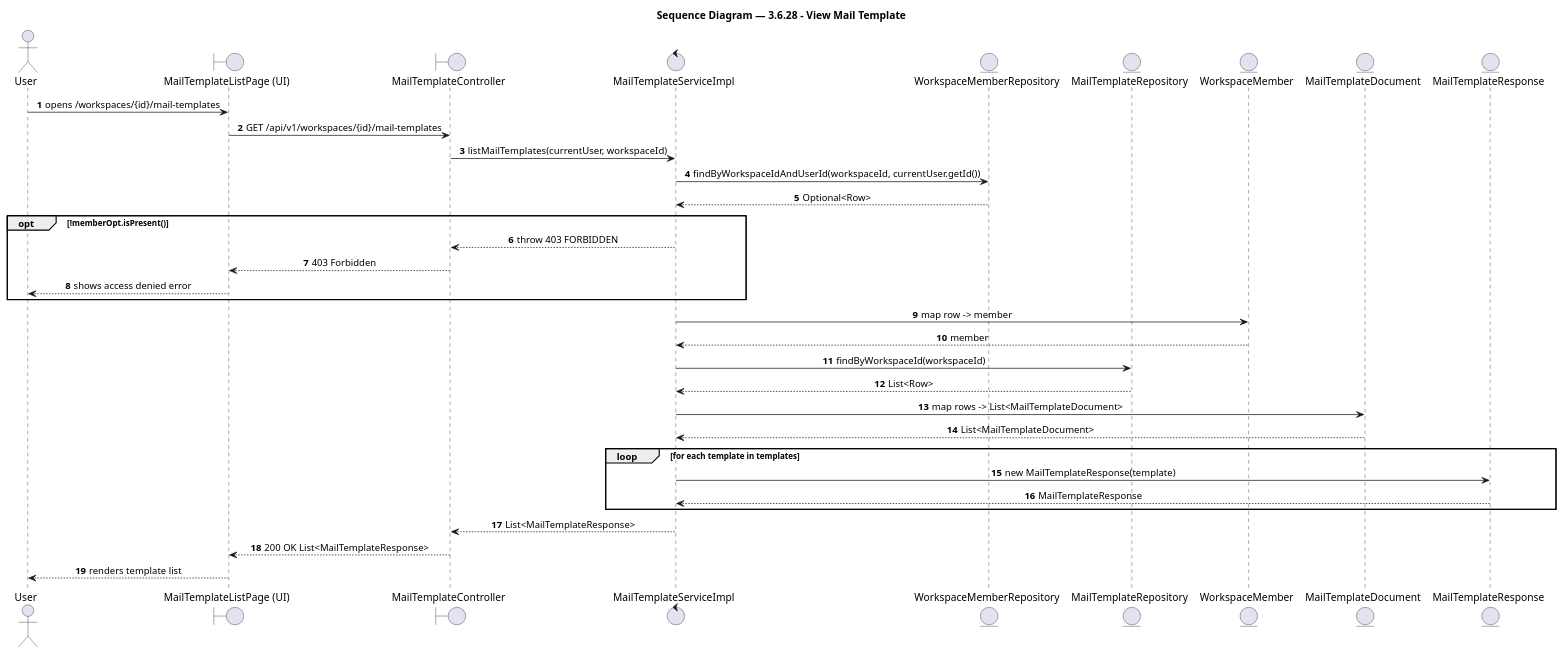
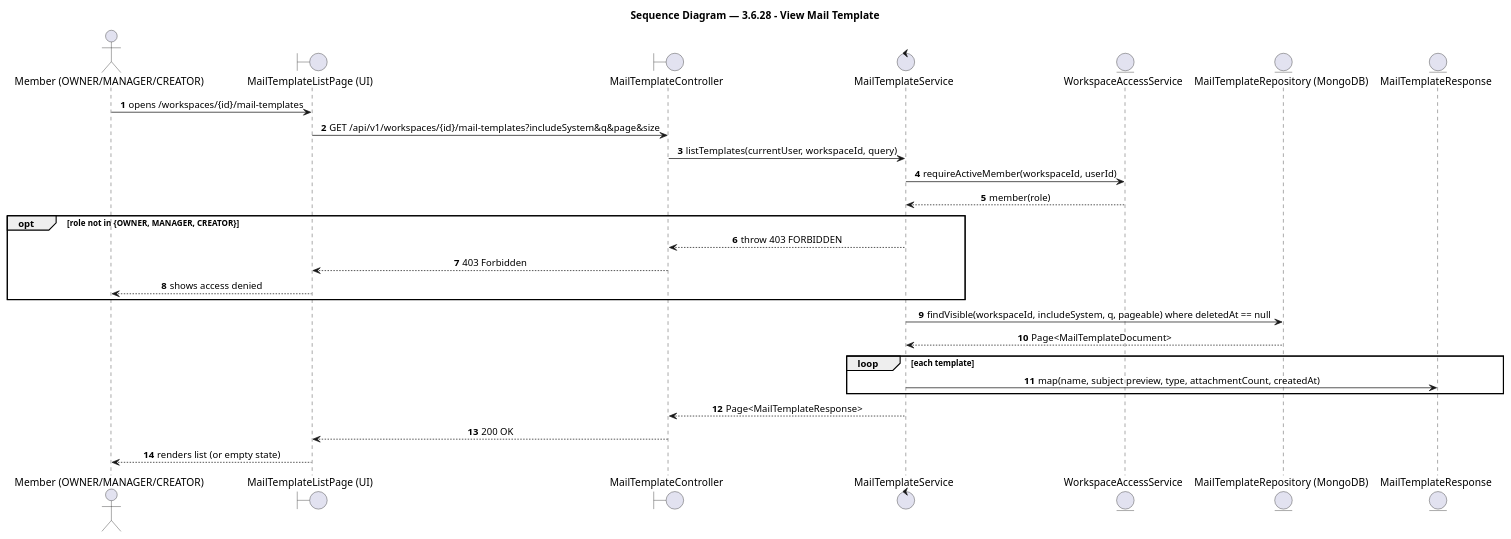
One commit to BrandHubOrganization/brandhub-infrastructure changed the diagram in docs/feature/content-task-workflow/3-6-28-view-mail-template/report4_sequence.puml. Above: the diagram before and after it, drawn with PlantUML. The commit also changed 12 other files, not shown here.

First line of the commit message:
docs(DA-1002): update mail template report3 specs and sequence diagrams

```diff
--- a/docs/feature/content-task-workflow/3-6-28-view-mail-template/report4_sequence.puml
+++ b/docs/feature/content-task-workflow/3-6-28-view-mail-template/report4_sequence.puml
@@ -1,46 +1,39 @@
 @startuml 3.6.28 - View Mail Template
 title Sequence Diagram — 3.6.28 - View Mail Template
 
 autonumber
 skinparam shadowing false
 skinparam sequenceMessageAlign center
 skinparam BoxPadding 10
 skinparam ParticipantPadding 10
 
 ' === Participants ===
-actor "User" as user
-boundary "MailTemplateListPage (UI)" as mailtemplate_ui
-boundary "MailTemplateController" as mailtemplatecontroller
-control "MailTemplateServiceImpl" as mailtemplateserviceimpl
-entity "WorkspaceMemberRepository" as workspacememberrepository
-entity "MailTemplateRepository" as mailtemplaterepository
-entity "WorkspaceMember" as workspacemember
-entity "MailTemplateDocument" as mailtemplatedocument
-entity "MailTemplateResponse" as mailtemplateresponse
+actor "Member (OWNER/MANAGER/CREATOR)" as member
+boundary "MailTemplateListPage (UI)" as ui
+boundary "MailTemplateController" as controller
+control "MailTemplateService" as service
+entity "WorkspaceAccessService" as access
+entity "MailTemplateRepository (MongoDB)" as repo
+entity "MailTemplateResponse" as response
 
 ' === Flow ===
-user -> mailtemplate_ui: opens /workspaces/{id}/mail-templates
-mailtemplate_ui -> mailtemplatecontroller: GET /api/v1/workspaces/{id}/mail-templates
-mailtemplatecontroller -> mailtemplateserviceimpl: listMailTemplates(currentUser, workspaceId)
-mailtemplateserviceimpl -> workspacememberrepository: findByWorkspaceIdAndUserId(workspaceId, currentUser.getId())
-workspacememberrepository --> mailtemplateserviceimpl: Optional<Row>
-opt !memberOpt.isPresent()
-  mailtemplateserviceimpl --> mailtemplatecontroller: throw 403 FORBIDDEN
-  mailtemplatecontroller --> mailtemplate_ui: 403 Forbidden
-  mailtemplate_ui --> user: shows access denied error
+member -> ui: opens /workspaces/{id}/mail-templates
+ui -> controller: GET /api/v1/workspaces/{id}/mail-templates?includeSystem&q&page&size
+controller -> service: listTemplates(currentUser, workspaceId, query)
+service -> access: requireActiveMember(workspaceId, userId)
+access --> service: member(role)
+opt role not in {OWNER, MANAGER, CREATOR}
+  service --> controller: throw 403 FORBIDDEN
+  controller --> ui: 403 Forbidden
+  ui --> member: shows access denied
 end
-mailtemplateserviceimpl -> workspacemember: map row -> member
-workspacemember --> mailtemplateserviceimpl: member
-mailtemplateserviceimpl -> mailtemplaterepository: findByWorkspaceId(workspaceId)
-mailtemplaterepository --> mailtemplateserviceimpl: List<Row>
-mailtemplateserviceimpl -> mailtemplatedocument: map rows -> List<MailTemplateDocument>
-mailtemplatedocument --> mailtemplateserviceimpl: List<MailTemplateDocument>
-loop for each template in templates
-  mailtemplateserviceimpl -> mailtemplateresponse: new MailTemplateResponse(template)
-  mailtemplateresponse --> mailtemplateserviceimpl: MailTemplateResponse
+service -> repo: findVisible(workspaceId, includeSystem, q, pageable) where deletedAt == null
+repo --> service: Page<MailTemplateDocument>
+loop each template
+  service -> response: map(name, subject preview, type, attachmentCount, createdAt)
 end
-mailtemplateserviceimpl --> mailtemplatecontroller: List<MailTemplateResponse>
-mailtemplatecontroller --> mailtemplate_ui: 200 OK List<MailTemplateResponse>
-mailtemplate_ui --> user: renders template list
+service --> controller: Page<MailTemplateResponse>
+controller --> ui: 200 OK
+ui --> member: renders list (or empty state)
 
 @enduml
```
